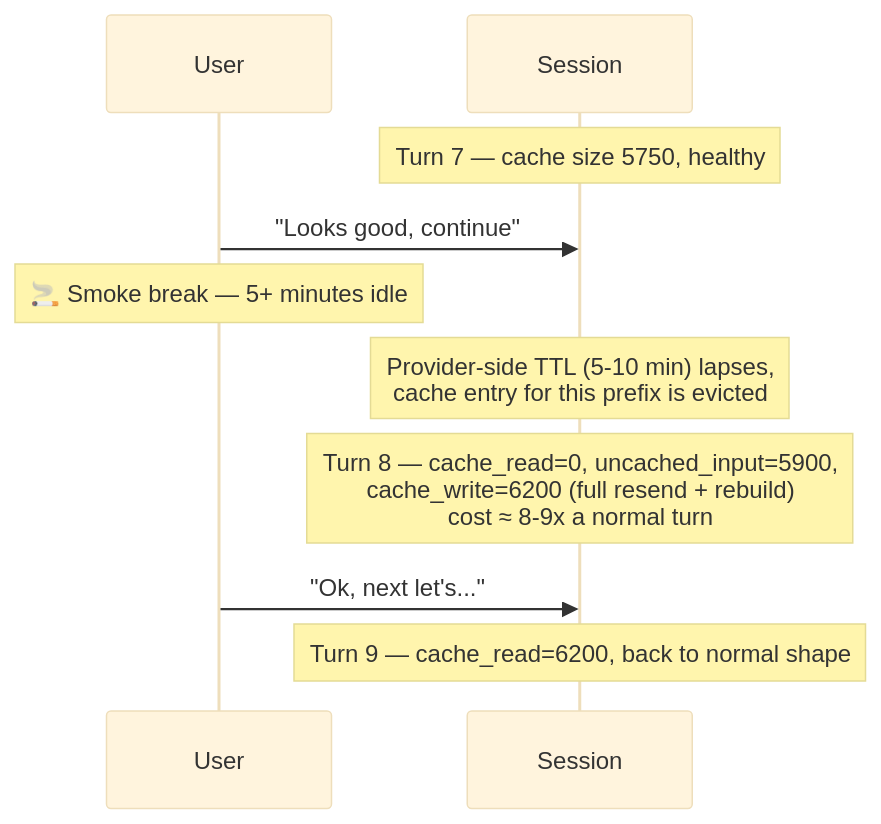
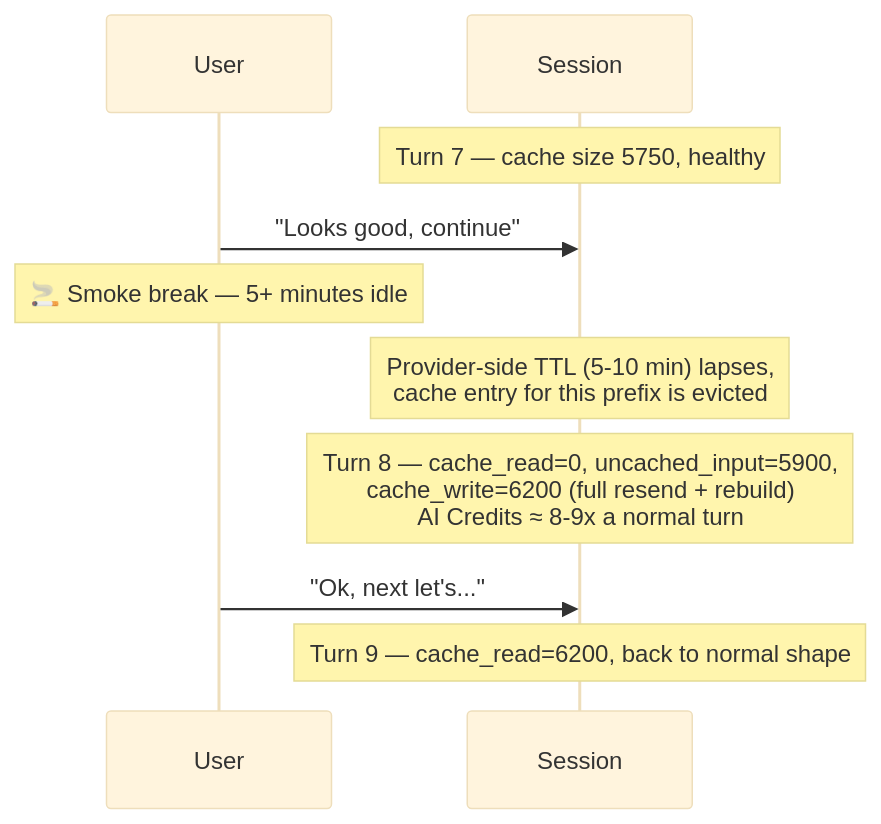
One commit to raulkivi/gh-cp-chat-analyser changed the diagram in docs/scenarios/09-cache-ttl-smoke-break.md. Above: the diagram before and after it, drawn with Mermaid (base theme). The commit also changed other lines of this file and 28 other files, not shown here.

First line of the commit message:
Finish cost -> AI Credits rename across docs, fixtures, and UI

````diff
--- a/docs/scenarios/09-cache-ttl-smoke-break.md
+++ b/docs/scenarios/09-cache-ttl-smoke-break.md
@@ -27,13 +27,13 @@
 ```mermaid
 sequenceDiagram
     participant U as User
     participant S as Session
 
     Note over S: Turn 7 — cache size 5750, healthy
     U->>S: "Looks good, continue"
     Note over U: 🚬 Smoke break — 5+ minutes idle
     Note over S: Provider-side TTL (5-10 min) lapses,<br/>cache entry for this prefix is evicted
-    Note over S: Turn 8 — cache_read=0, uncached_input=5900,<br/>cache_write=6200 (full resend + rebuild)<br/>cost ≈ 8-9x a normal turn
+    Note over S: Turn 8 — cache_read=0, uncached_input=5900,<br/>cache_write=6200 (full resend + rebuild)<br/>AI Credits ≈ 8-9x a normal turn
     U->>S: "Ok, next let's..."
     Note over S: Turn 9 — cache_read=6200, back to normal shape
 ```
````
